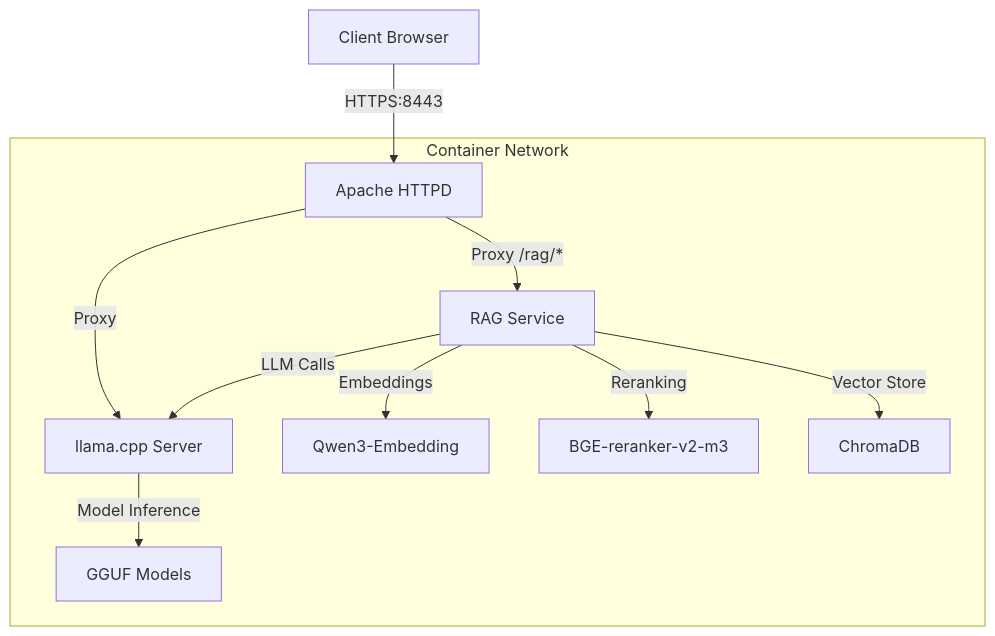
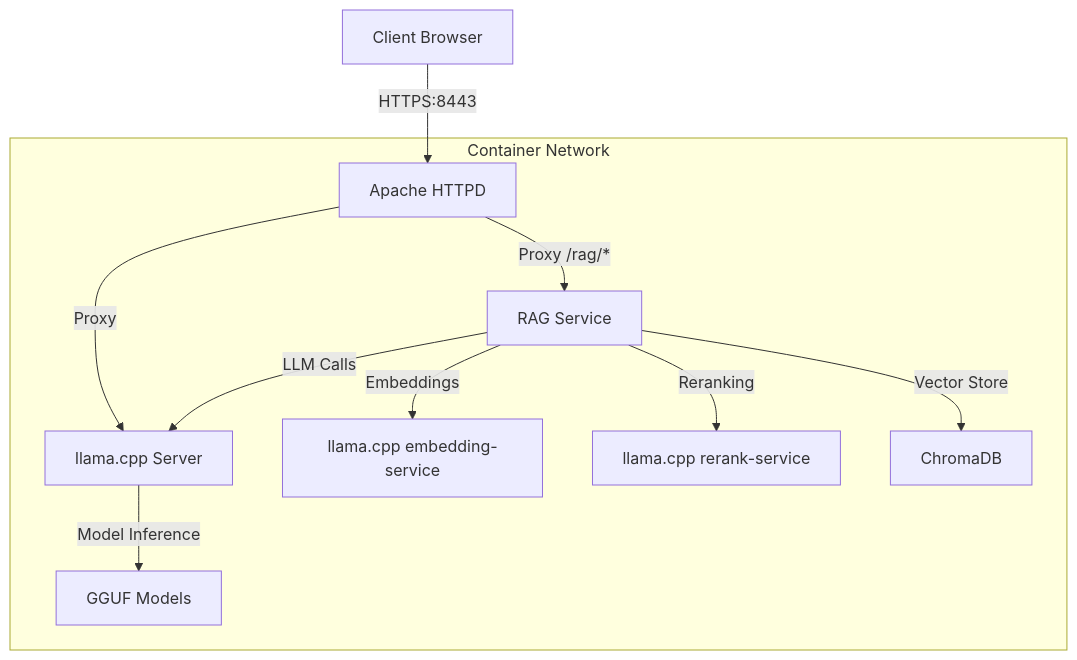
One commit to hills-i/llama-cpp-podman changed the diagram in README.md. Above: the diagram before and after it, drawn with Mermaid. The commit also changed other lines of this file and 13 other files, not shown here.

````diff
--- a/README.md
+++ b/README.md
@@ -68,21 +71,21 @@
 ```mermaid
 graph TB
     A[Client Browser] -->|HTTPS:8443| B[Apache HTTPD]
     B -->|Proxy| C[llama.cpp Server]
     B -->|Proxy /rag/*| D[RAG Service]
     C -->|Model Inference| E[GGUF Models]
-    D -->|Embeddings| F[Qwen3-Embedding]
-    D -->|Reranking| G[BGE-reranker-v2-m3]
+    D -->|Embeddings| F[llama.cpp embedding-service]
+    D -->|Reranking| G[llama.cpp rerank-service]
     D -->|Vector Store| H[ChromaDB]
     D -->|LLM Calls| C
     
     subgraph "Container Network"
         B
         C
         D
         E
         F
         G
         H
     end
 ```
````
